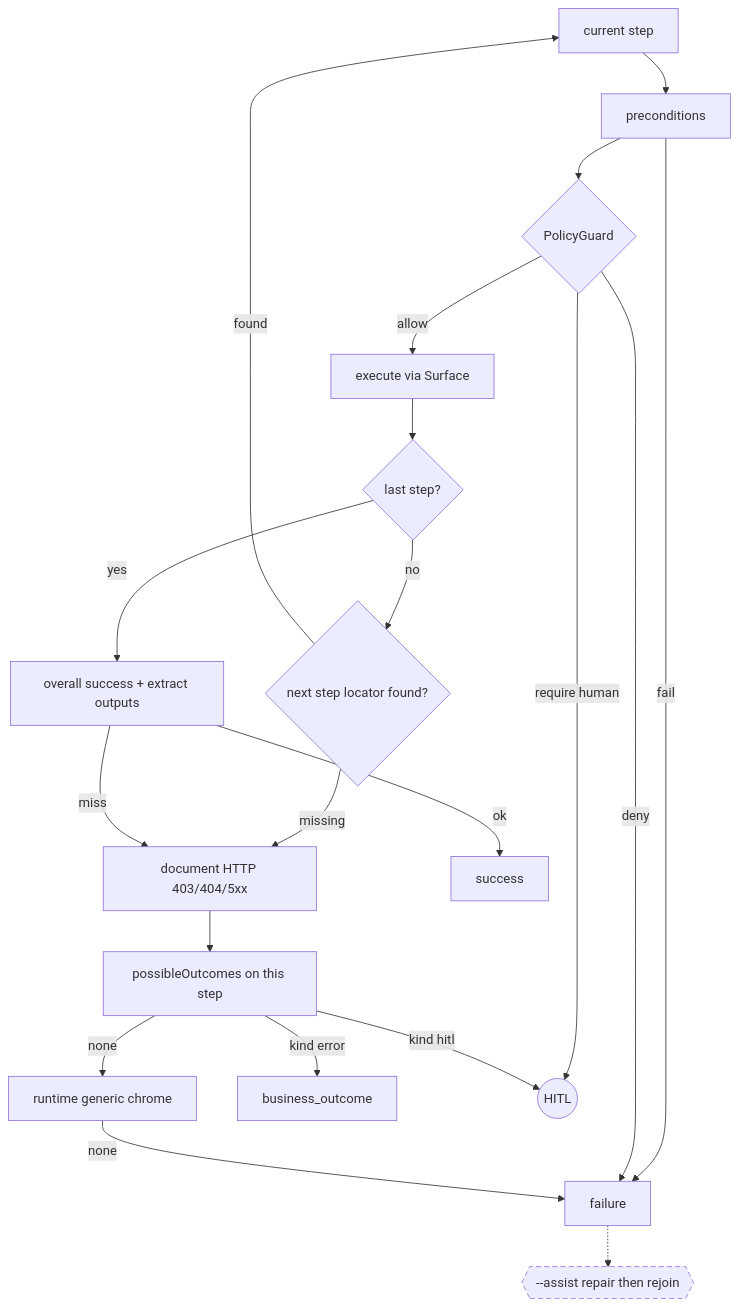
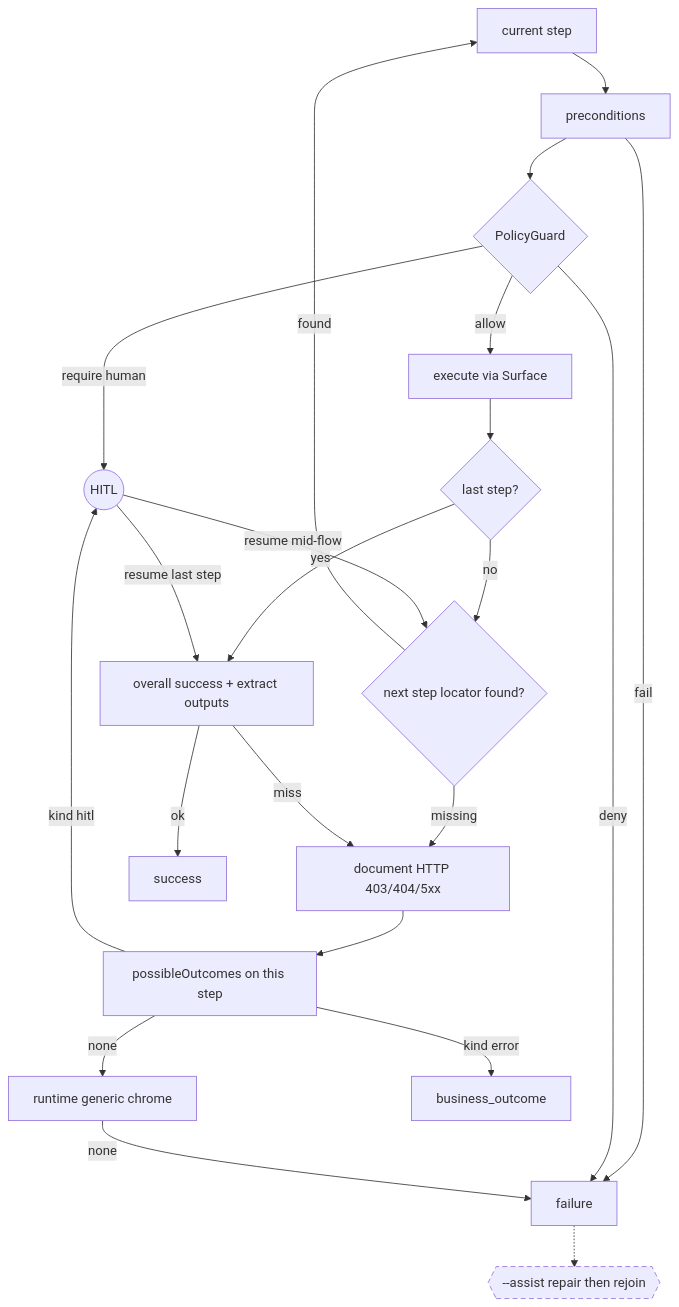
The diagram in docs/00-system-design.md (ankinelaturu/icas), drawn with Mermaid before and after one commit. The commit also changed other lines of this file and 5 other files, not shown here.

First line of the commit message:
docs: align architecture notes with the live demo

````diff
--- a/docs/00-system-design.md
+++ b/docs/00-system-design.md
@@ -86,41 +86,43 @@
 ```mermaid
 flowchart TB
   step["current step"]
   pre[preconditions]
   policy{PolicyGuard}
   exec[execute via Surface]
   last{last step?}
   nextLoc{next step locator found?}
   http["document HTTP 403/404/5xx"]
   outcomes["possibleOutcomes on this step"]
   generic["runtime generic chrome"]
   success[overall success + extract outputs]
   resultSuccess["success"]
   resultBiz["business_outcome"]
   resultHitl((HITL))
   resultFail["failure"]
   assist{{"--assist repair then rejoin"}}
 
   step --> pre
   pre -->|fail| resultFail
   pre --> policy
   policy -->|deny| resultFail
   policy -->|require human| resultHitl
   policy -->|allow| exec
   exec --> last
   last -->|no| nextLoc
   last -->|yes| success
   nextLoc -->|found| step
   nextLoc -->|missing| http
   http --> outcomes
   outcomes -->|kind error| resultBiz
   outcomes -->|kind hitl| resultHitl
   outcomes -->|none| generic
   generic -->|none| resultFail
   success -->|ok| resultSuccess
   success -->|miss| http
+  resultHitl -->|resume mid-flow| nextLoc
+  resultHitl -->|resume last step| success
   resultFail -.-> assist
 
   classDef optional stroke-dasharray: 6 4
   class assist optional
 ```
````
